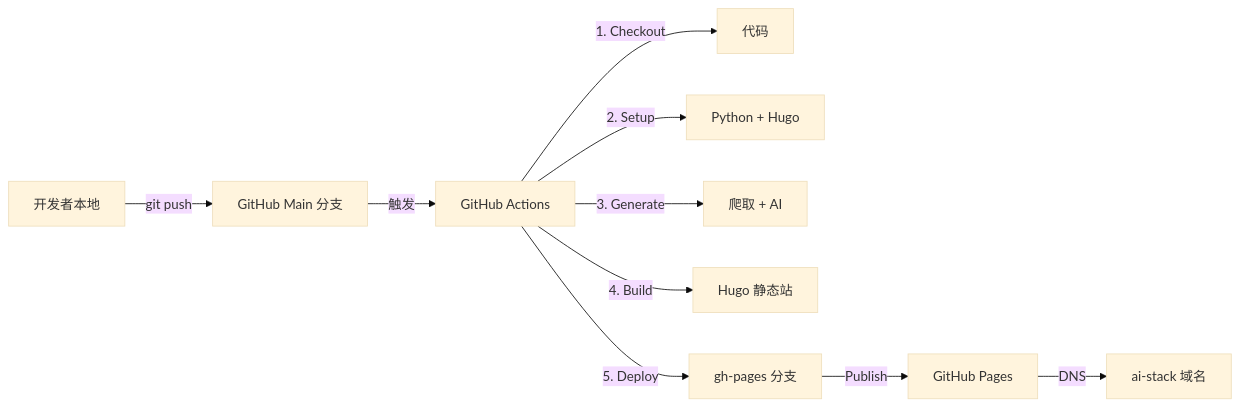
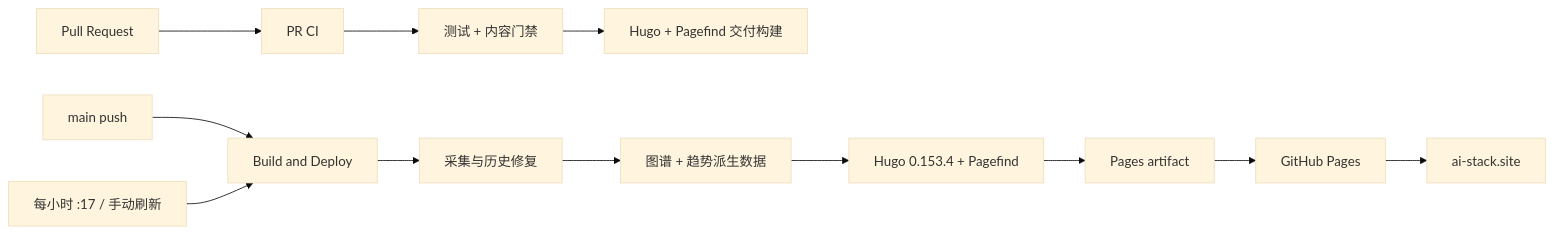
One commit to g5n-dev/ai-stack changed the third of 4 diagrams in docs/系统设计文档.md. Above: the diagram before and after it, drawn with Mermaid (base theme). The commit also changed other lines of this file and 202 other files, not shown here.

````diff
--- a/docs/系统设计文档.md
+++ b/docs/系统设计文档.md
@@ -772,12 +772,14 @@
 ```mermaid
 graph LR
-    A[开发者本地] -->|git push| B[GitHub Main 分支]
-    B -->|触发| C[GitHub Actions]
-    C -->|1. Checkout| D[代码]
-    C -->|2. Setup| E[Python + Hugo]
-    C -->|3. Generate| F[爬取 + AI]
-    C -->|4. Build| G[Hugo 静态站]
-    C -->|5. Deploy| H[gh-pages 分支]
-    H -->|Publish| I[GitHub Pages]
-    I -->|DNS| J[ai-stack 域名]
+    A[Pull Request] --> B[PR CI]
+    B --> C[测试 + 内容门禁]
+    C --> D[Hugo + Pagefind 交付构建]
+    E[main push] --> F[Build and Deploy]
+    G[每小时 :17 / 手动刷新] --> F
+    F --> H[采集与历史修复]
+    H --> I[图谱 + 趋势派生数据]
+    I --> J[Hugo 0.153.4 + Pagefind]
+    J --> K[Pages artifact]
+    K --> L[GitHub Pages]
+    L --> M[ai-stack.site]
 ```
````
